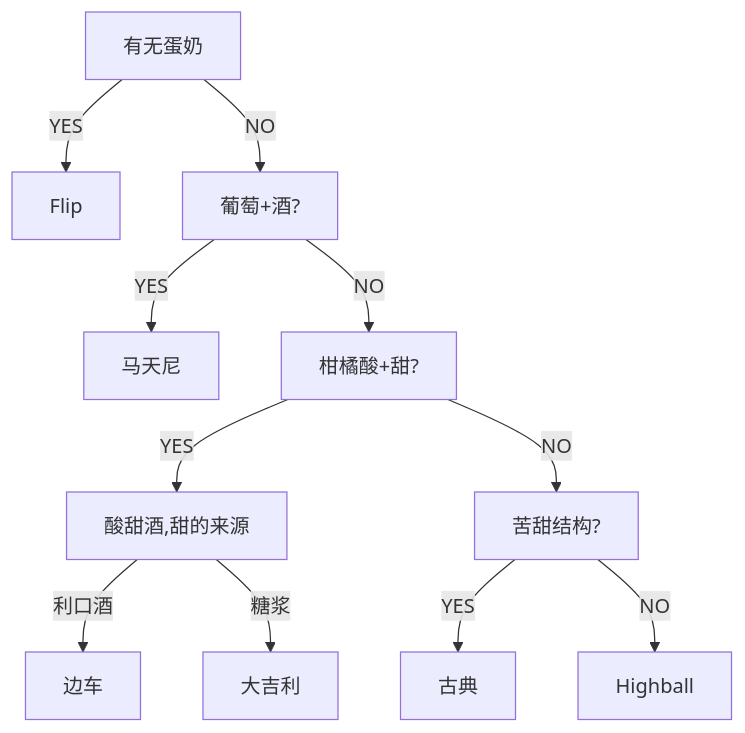
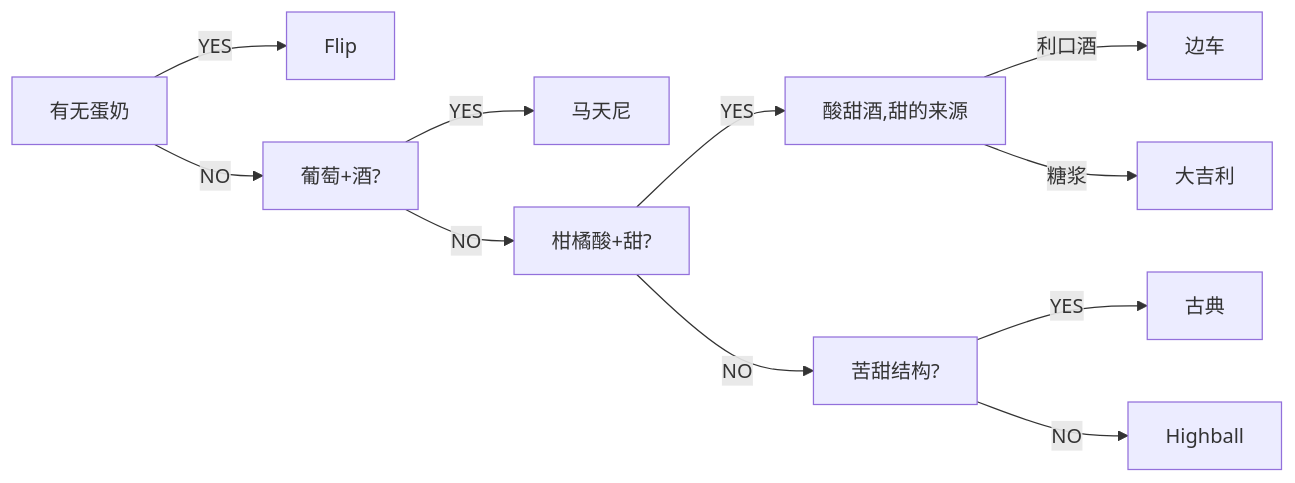
Before and after one commit to HiraethEcho/wiki: the diagram in source/_posts/Life/cocktail.md, drawn with Mermaid. The commit also changed other lines of this file, not shown here.

Commit message:
test mermaid

````diff
--- a/source/_posts/Life/cocktail.md
+++ b/source/_posts/Life/cocktail.md
@@ -35,13 +34,13 @@
 ```mermaid
-graph TD;
+graph LR;
 A[有无蛋奶] --> |YES| Flip
 A --> |NO| B
 B[葡萄+酒?] -->|YES| 马天尼
 B -->|NO| C
 C[柑橘酸+甜?] -->|YES| D
 C -->|NO| G
 D[酸甜酒,甜的来源] -->|利口酒| E[边车]
 D -->|糖浆| F[大吉利]
 G[苦甜结构?] -->|YES| H[古典]
 G -->|NO| I[Highball]
 ```
````
